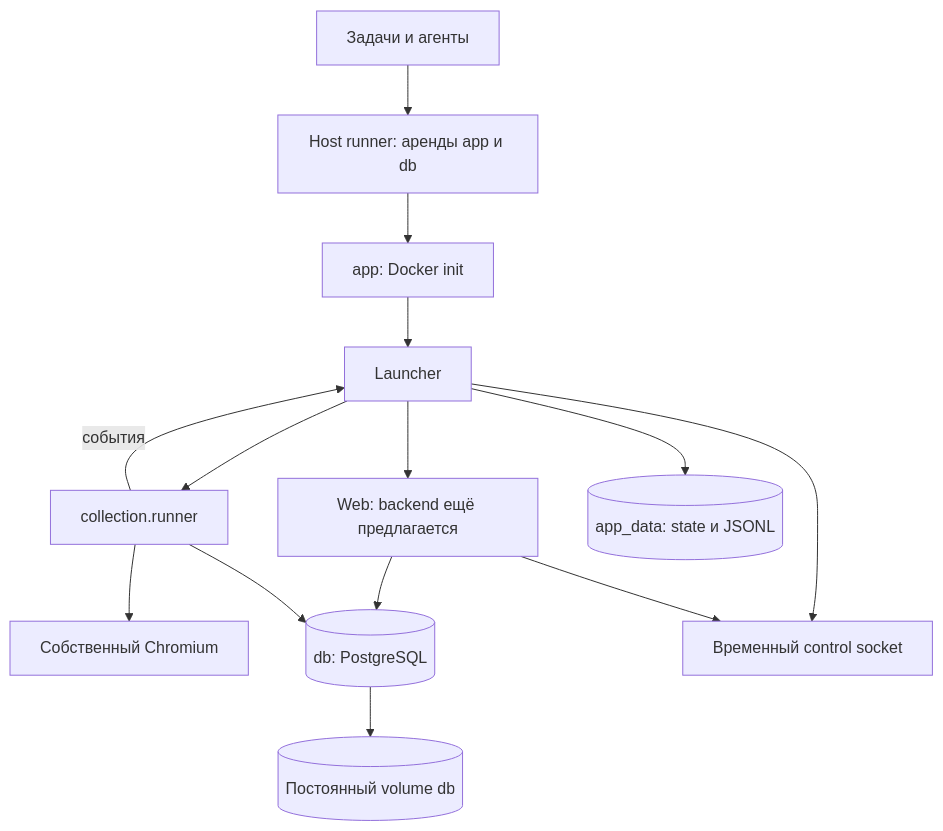
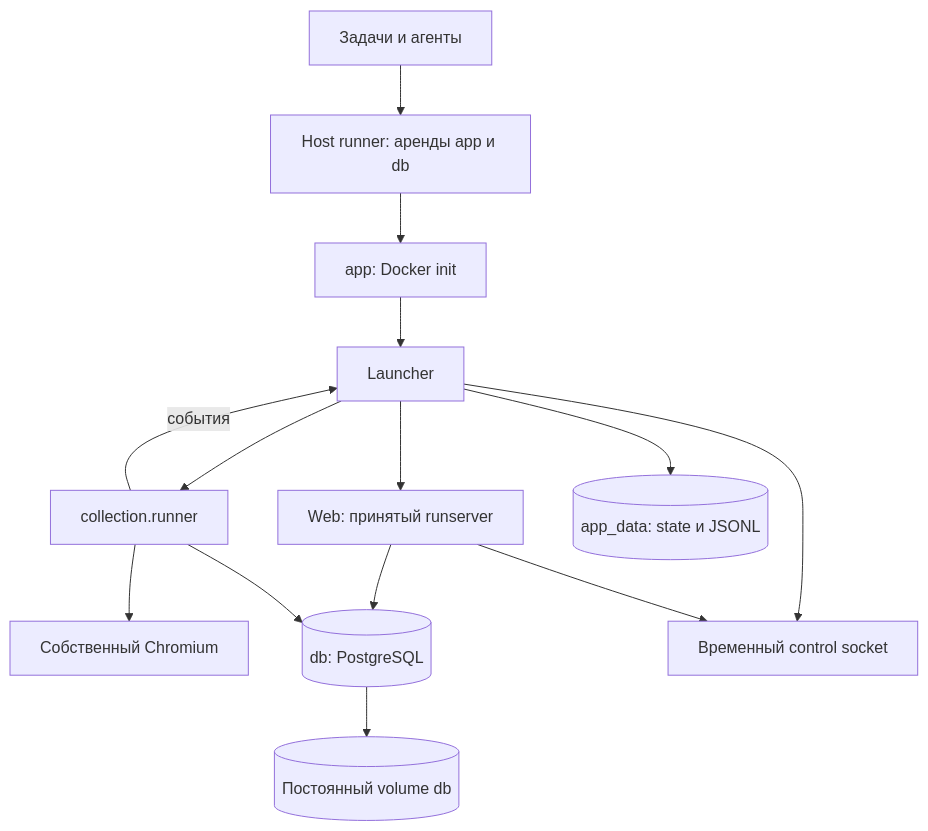
One commit to ozcnii/nir changed the fifth of 5 diagrams in bachelor-thesis/CONSOLIDATED-DESIGN-9.md. Above: the diagram before and after it, drawn with Mermaid. The commit also changed other lines of this file and 5 other files, not shown here.

````diff
--- a/bachelor-thesis/CONSOLIDATED-DESIGN-9.md
+++ b/bachelor-thesis/CONSOLIDATED-DESIGN-9.md
@@ -195,16 +195,16 @@
 ```mermaid
 flowchart TB
     Task[Задачи и агенты] --> Host[Host runner: аренды app и db]
     Host --> Init[app: Docker init]
     Init --> Launcher[Launcher]
-    Launcher --> Web[Web: backend ещё предлагается]
+    Launcher --> Web[Web: принятый runserver]
     Launcher --> Run[collection.runner]
     Run --> Browser[Собственный Chromium]
     Run -->|события| Launcher
     Web --> DB[(db: PostgreSQL)]
     Run --> DB
     Launcher --> Data[(app_data: state и JSONL)]
     Launcher --> Socket[Временный control socket]
     Web --> Socket
     DB --> DBData[(Постоянный volume db)]
 ```
````
